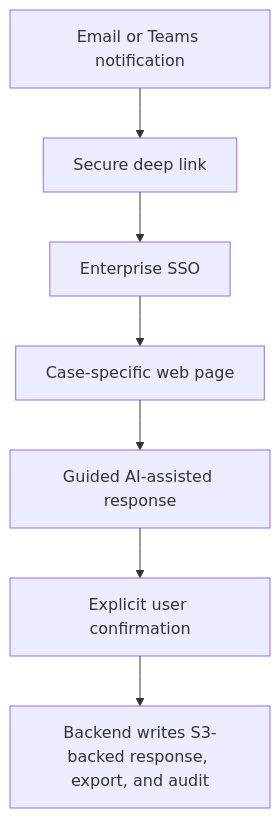
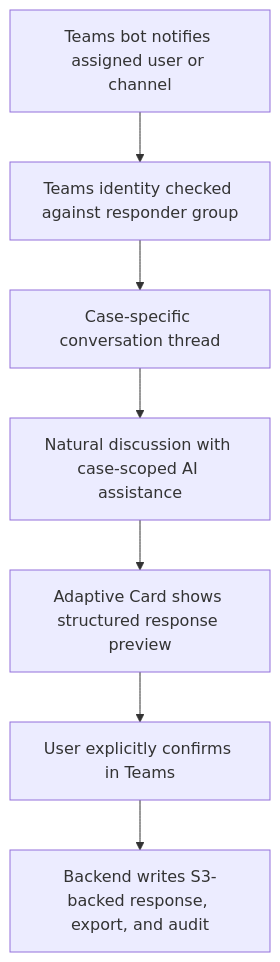
Before and after one commit to pickeringtech/finops-ai-report-response-portal-whitepaper: the first of 6 diagrams in mvp.md, drawn with Mermaid. The commit also changed other lines of this file and 3 other files, not shown here.

Commit message:
Make Teams bot the MVP interface

````diff
--- a/mvp.md
+++ b/mvp.md
@@ -49,12 +49,12 @@
 ```mermaid
 flowchart TD
-    notify["Email or Teams notification"]
-    link["Secure deep link"]
-    sso["Enterprise SSO"]
-    case["Case-specific web page"]
-    assist["Guided AI-assisted response"]
-    confirm["Explicit user confirmation"]
+    notify["Teams bot notifies assigned user or channel"]
+    auth["Teams identity checked against responder group"]
+    thread["Case-specific conversation thread"]
+    discuss["Natural discussion with case-scoped AI assistance"]
+    preview["Adaptive Card shows structured response preview"]
+    confirm["User explicitly confirms in Teams"]
     write["Backend writes S3-backed response, export, and audit"]
 
-    notify --> link --> sso --> case --> assist --> confirm --> write
+    notify --> auth --> thread --> discuss --> preview --> confirm --> write
 ```
````
